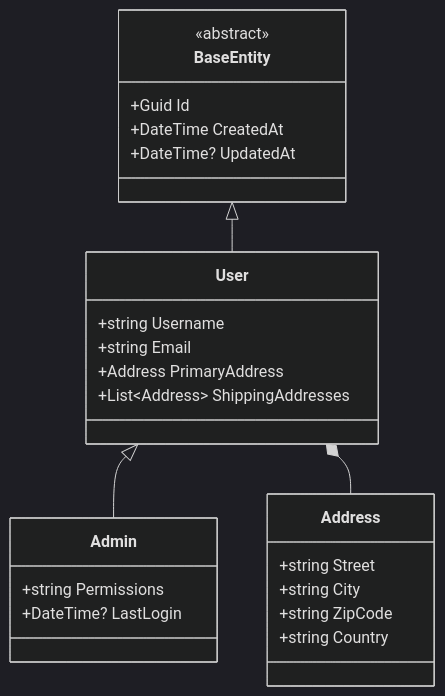
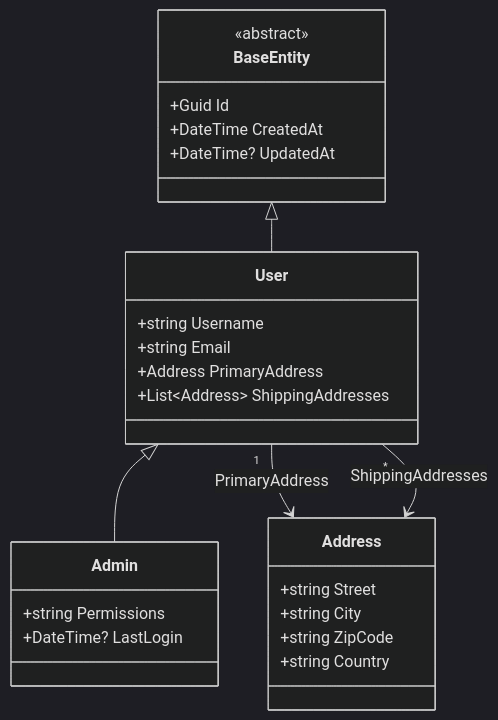
Before and after one commit to HandyS11/ProjGraph: the diagram in samples/classdiagram/simple-hierarchy/README.md, drawn with Mermaid (dark theme). The commit also changed 5 other files, not shown here.

Commit message:
feat: update Mermaid class diagram rendering to include abstract class stereotypes and improve type filtering

````diff
--- a/samples/classdiagram/simple-hierarchy/README.md
+++ b/samples/classdiagram/simple-hierarchy/README.md
@@ -50,29 +50,33 @@
 ```mermaid
 classDiagram
-    class BaseEntity {
-        <<abstract>>
-        +Guid Id
-        +DateTime CreatedAt
-        +DateTime? UpdatedAt
-    }
-    class User {
-        +string Username
-        +string Email
-        +Address PrimaryAddress
-        +List~Address~ ShippingAddresses
-    }
-    class Admin {
-        +string Permissions
-        +DateTime? LastLogin
-    }
-    class Address {
-        +string Street
-        +string City
-        +string ZipCode
-        +string Country
-    }
-
-    BaseEntity <|-- User
-    User <|-- Admin
-    User *-- Address
+  class SimpleHierarchy_Models_Admin ["Admin"]
+  class SimpleHierarchy_Models_Admin {
+    +string Permissions
+    +DateTime? LastLogin
+  }
+  class SimpleHierarchy_Models_User ["User"]
+  class SimpleHierarchy_Models_User {
+    +string Username
+    +string Email
+    +Address PrimaryAddress
+    +List~Address~ ShippingAddresses
+  }
+  class SimpleHierarchy_Base_BaseEntity ["BaseEntity"]
+  <<abstract>> SimpleHierarchy_Base_BaseEntity
+  class SimpleHierarchy_Base_BaseEntity {
+    +Guid Id
+    +DateTime CreatedAt
+    +DateTime? UpdatedAt
+  }
+  class SimpleHierarchy_Models_Address ["Address"]
+  class SimpleHierarchy_Models_Address {
+    +string Street
+    +string City
+    +string ZipCode
+    +string Country
+  }
+  SimpleHierarchy_Models_User <|-- SimpleHierarchy_Models_Admin
+  SimpleHierarchy_Base_BaseEntity <|-- SimpleHierarchy_Models_User
+  SimpleHierarchy_Models_User "1" --> SimpleHierarchy_Models_Address : PrimaryAddress
+  SimpleHierarchy_Models_User "*" --> SimpleHierarchy_Models_Address : ShippingAddresses
 ```
````
